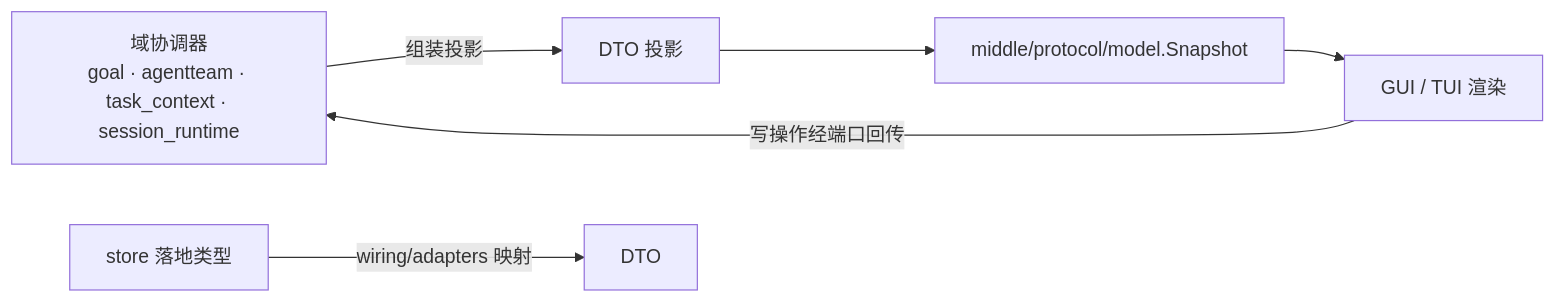
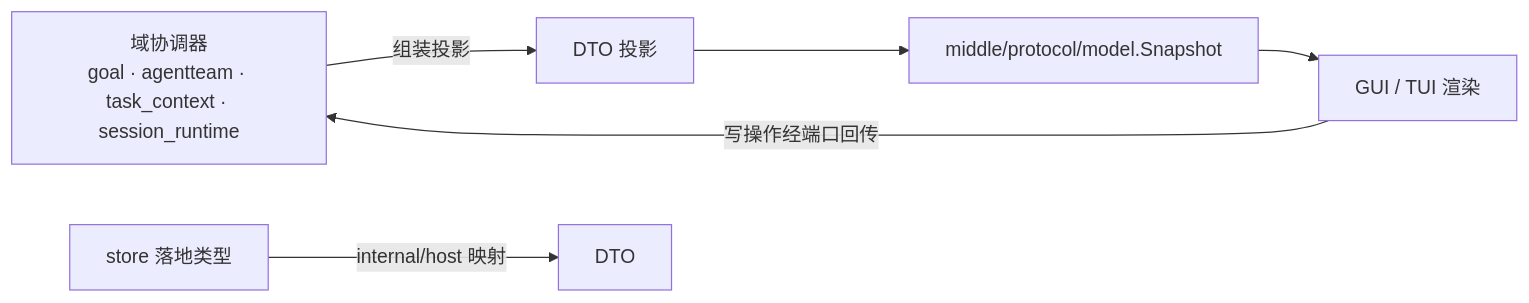
The second of 2 diagrams in contract/dto/README.md (RedHuang-0622/seelex), drawn with Mermaid before and after one commit. The commit also changed other lines of this file and 183 other files, not shown here.

````diff
--- a/contract/dto/README.md
+++ b/contract/dto/README.md
@@ -80,8 +80,8 @@
 ```mermaid
 flowchart LR
     DOMAIN["域协调器<br/>goal · agentteam · task_context · session_runtime"] -->|组装投影| PROJ["DTO 投影"]
     PROJ --> SNAP["middle/protocol/model.Snapshot"]
     SNAP --> FE["GUI / TUI 渲染"]
     FE -->|写操作经端口回传| DOMAIN
-    STORE["store 落地类型"] -->|wiring/adapters 映射| DTO
+    STORE["store 落地类型"] -->|internal/host 映射| DTO
 ```
````
